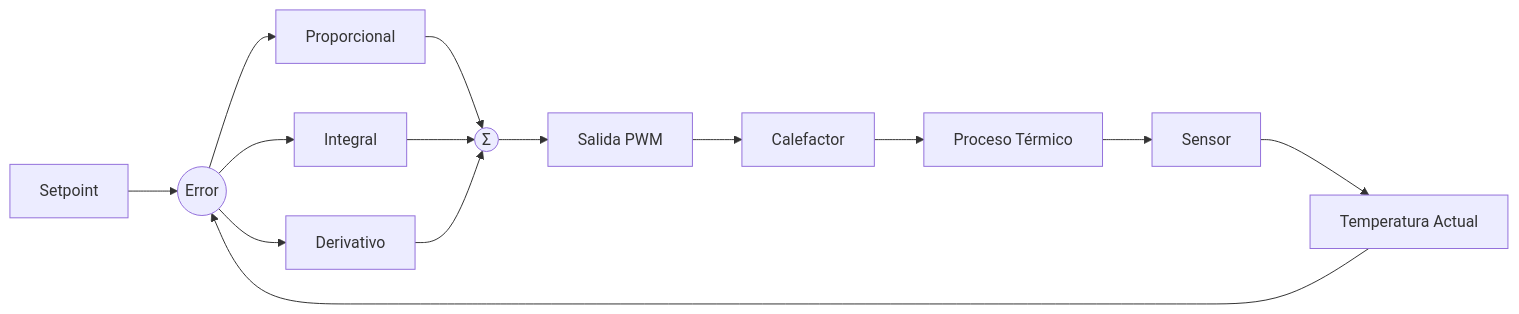
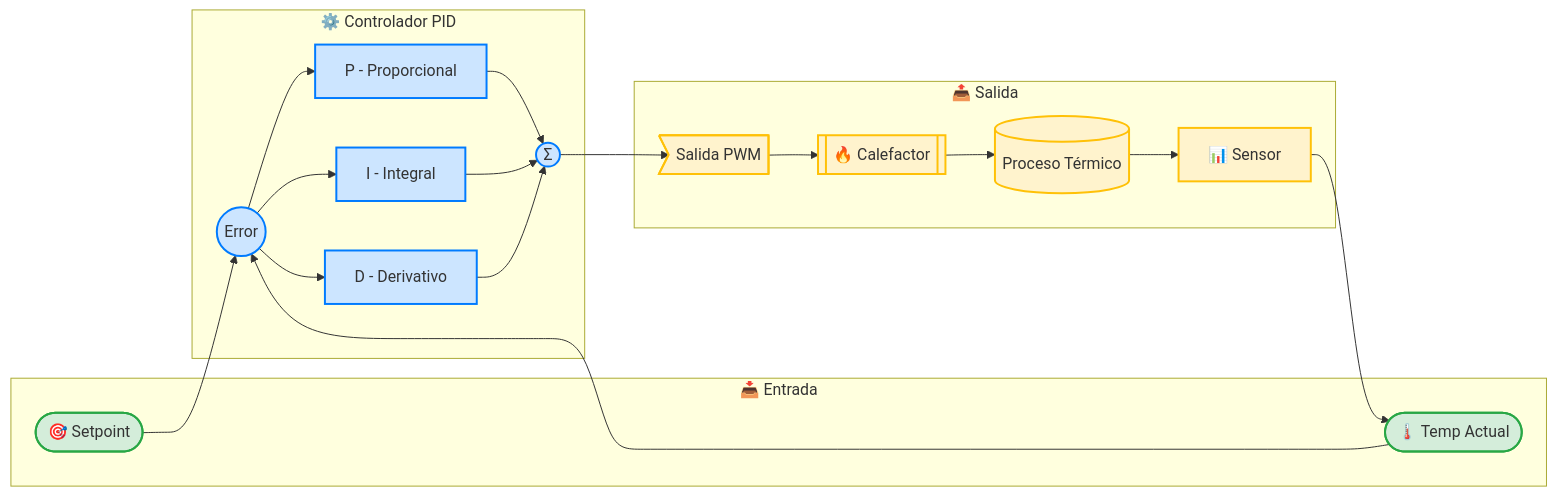
One commit to medicalopenworld/IncuNest-Docs changed the first of 5 diagrams in docs/docs/architecture/system-design.md. Above: the diagram before and after it, drawn with Mermaid. The commit also changed other lines of this file and 11 other files, not shown here.

Commit message:
Update Spanish documentation diagrams to beautiful mermaid style

````diff
--- a/docs/docs/architecture/system-design.md
+++ b/docs/docs/architecture/system-design.md
@@ -18,16 +18,44 @@
 ```mermaid
-flowchart LR
-    SP[Setpoint] --> E((Error))
-    PV[Temperatura Actual] --> E
-    E --> P[Proporcional]
-    E --> I[Integral]
-    E --> D[Derivativo]
-    P --> SUM((Σ))
+graph LR
+    subgraph entrada [📥 Entrada]
+        SP([🎯 Setpoint])
+        PV([🌡️ Temp Actual])
+    end
+    
+    subgraph pid [⚙️ Controlador PID]
+        E((Error))
+        P[P - Proporcional]
+        I[I - Integral]
+        D[D - Derivativo]
+        SUM((Σ))
+    end
+    
+    subgraph salida [📤 Salida]
+        OUT>Salida PWM]
+        HEATER[[🔥 Calefactor]]
+        PROCESS[(Proceso Térmico)]
+        SENSOR[📊 Sensor]
+    end
+    
+    SP --> E
+    PV --> E
+    E --> P
+    E --> I
+    E --> D
+    P --> SUM
     I --> SUM
     D --> SUM
-    SUM --> OUT[Salida PWM]
-    OUT --> HEATER[Calefactor]
-    HEATER --> PROCESS[Proceso Térmico]
-    PROCESS --> SENSOR[Sensor]
+    SUM --> OUT
+    OUT --> HEATER
+    HEATER --> PROCESS
+    PROCESS --> SENSOR
     SENSOR --> PV
+    
+    classDef input fill:#d4edda,stroke:#28a745,stroke-width:2px
+    classDef controller fill:#cce5ff,stroke:#007bff,stroke-width:2px
+    classDef output fill:#fff3cd,stroke:#ffc107,stroke-width:2px
+    
+    class SP,PV input
+    class E,P,I,D,SUM controller
+    class OUT,HEATER,PROCESS,SENSOR output
 ```
````
